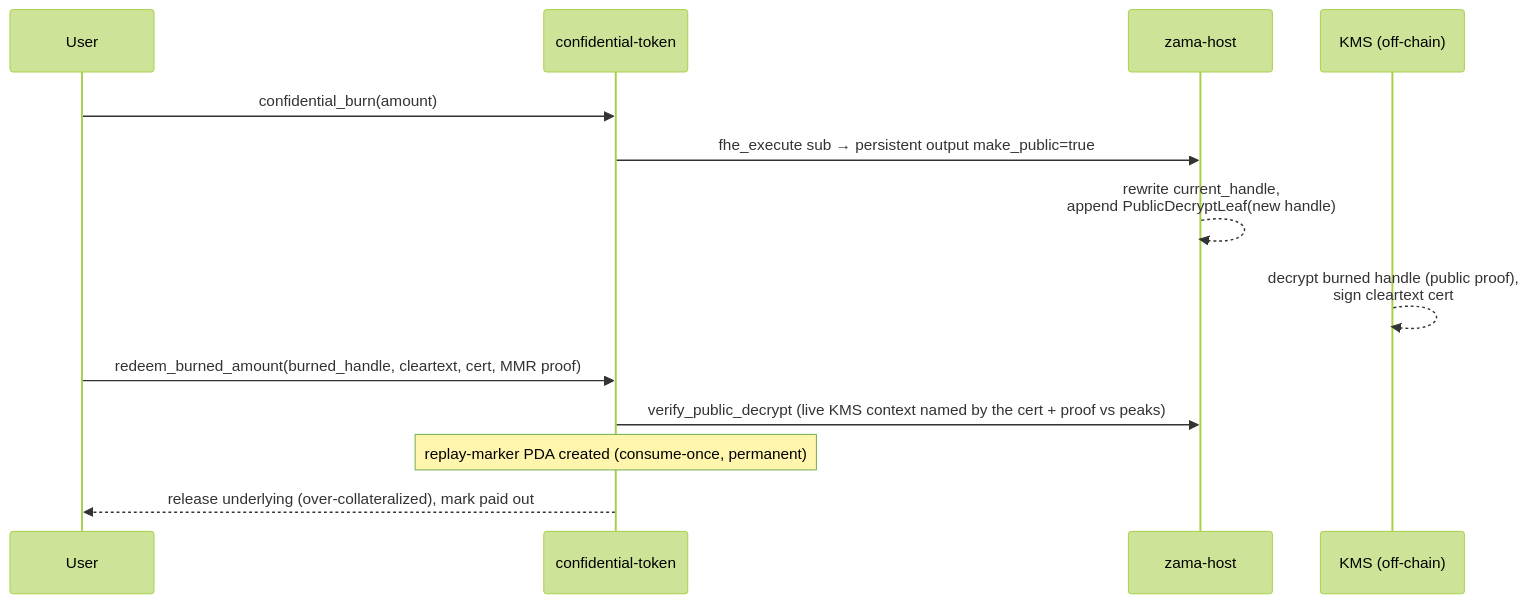
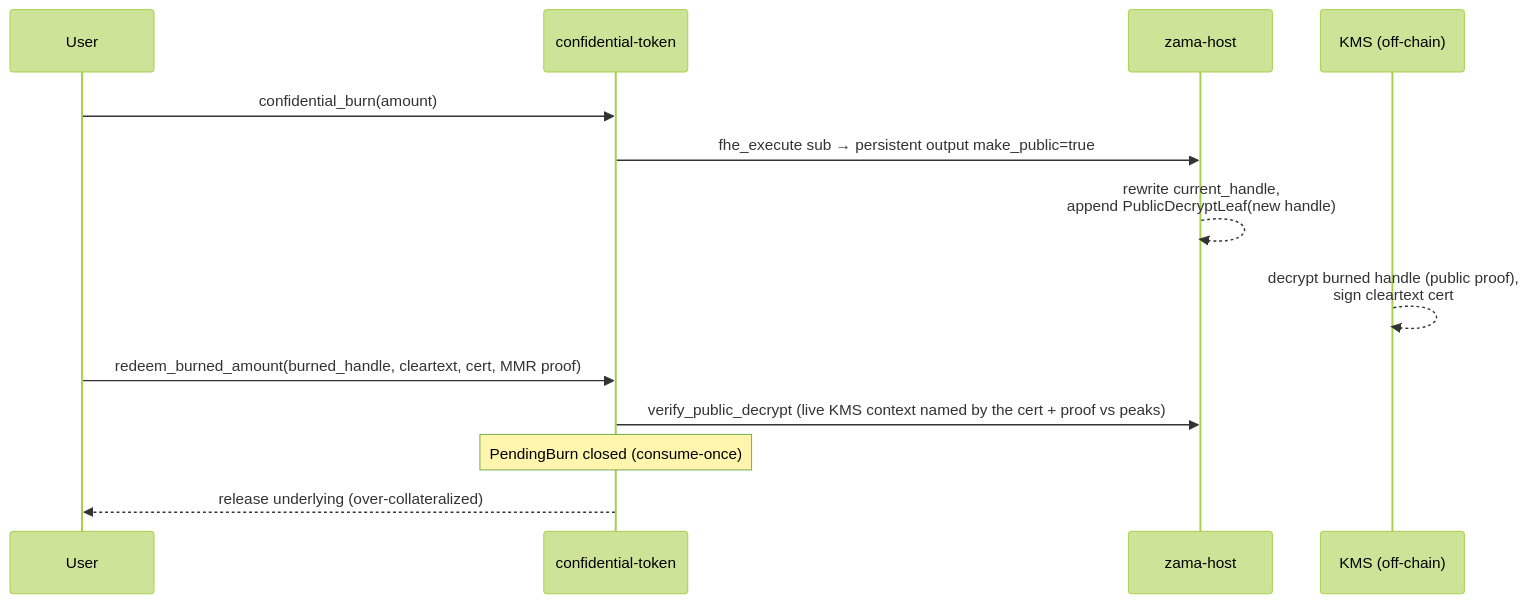
One commit to zama-ai/fhevm changed the fifth of 6 diagrams in solana/docs/MMR_ACL_MVP.md. Above: the diagram before and after it, drawn with Mermaid (forest theme). The commit also changed other lines of this file and 117 other files, not shown here.

````diff
--- a/solana/docs/MMR_ACL_MVP.md
+++ b/solana/docs/MMR_ACL_MVP.md
@@ -157,15 +160,15 @@
 ```mermaid
 sequenceDiagram
     participant U as User
     participant CT as confidential-token
     participant ZH as zama-host
     participant KMS as KMS (off-chain)
     U->>CT: confidential_burn(amount)
     CT->>ZH: fhe_execute sub → persistent output make_public=true
     ZH-->>ZH: rewrite current_handle,<br/>append PublicDecryptLeaf(new handle)
     KMS-->>KMS: decrypt burned handle (public proof),<br/>sign cleartext cert
     U->>CT: redeem_burned_amount(burned_handle, cleartext, cert, MMR proof)
     CT->>ZH: verify_public_decrypt (live KMS context named by the cert + proof vs peaks)
-    Note over CT: replay-marker PDA created (consume-once, permanent)
-    CT-->>U: release underlying (over-collateralized), mark paid out
+    Note over CT: PendingBurn closed (consume-once)
+    CT-->>U: release underlying (over-collateralized)
 ```
````
